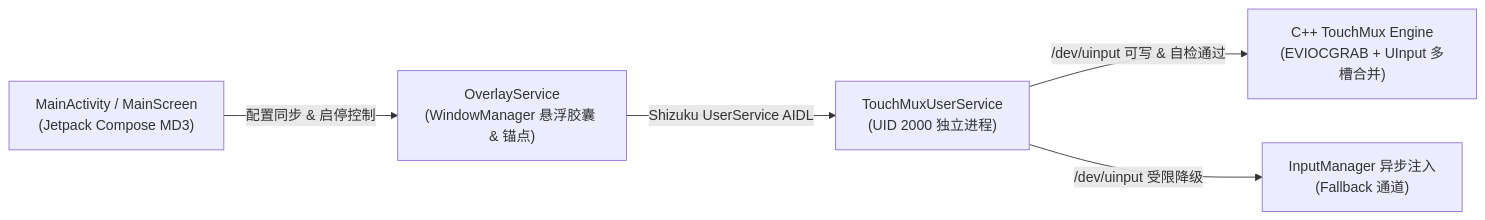
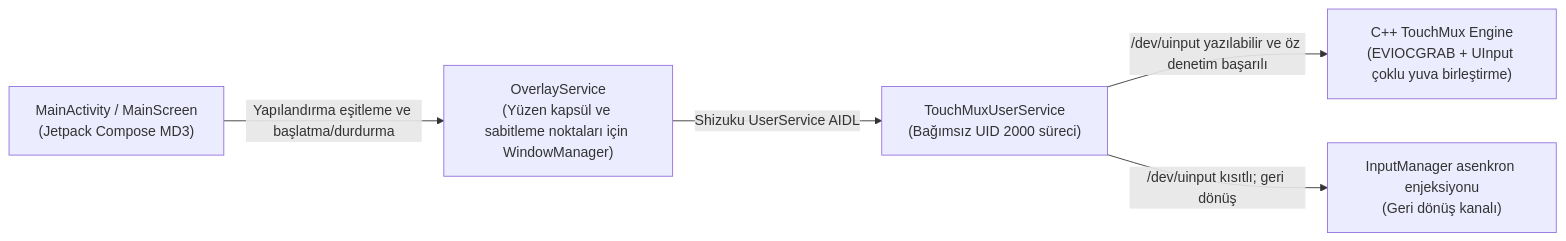
Before and after one commit to ereasaf9-hue/ZeroInterruptClicker: the diagram in README.md, drawn with Mermaid. The commit also changed other lines of this file and 21 other files, not shown here.

````diff
--- a/README.md
+++ b/README.md
@@ -25,7 +25,7 @@
 ```mermaid
 flowchart LR
-    UI["MainActivity / MainScreen\n(Jetpack Compose MD3)"] -->|"配置同步 & 启停控制"| SVC["OverlayService\n(WindowManager 悬浮胶囊 & 锚点)"]
-    SVC -->|"Shizuku UserService AIDL"| MUX["TouchMuxUserService\n(UID 2000 独立进程)"]
-    MUX -->|"/dev/uinput 可写 & 自检通过"| NATIVE["C++ TouchMux Engine\n(EVIOCGRAB + UInput 多槽合并)"]
-    MUX -->|"/dev/uinput 受限降级"| FALLBACK["InputManager 异步注入\n(Fallback 通道)"]
+    UI["MainActivity / MainScreen\n(Jetpack Compose MD3)"] -->|"Yapılandırma eşitleme ve başlatma/durdurma"| SVC["OverlayService\n(Yüzen kapsül ve sabitleme noktaları için WindowManager)"]
+    SVC -->|"Shizuku UserService AIDL"| MUX["TouchMuxUserService\n(Bağımsız UID 2000 süreci)"]
+    MUX -->|"/dev/uinput yazılabilir ve öz denetim başarılı"| NATIVE["C++ TouchMux Engine\n(EVIOCGRAB + UInput çoklu yuva birleştirme)"]
+    MUX -->|"/dev/uinput kısıtlı; geri dönüş"| FALLBACK["InputManager asenkron enjeksiyonu\n(Geri dönüş kanalı)"]
 ```
````
